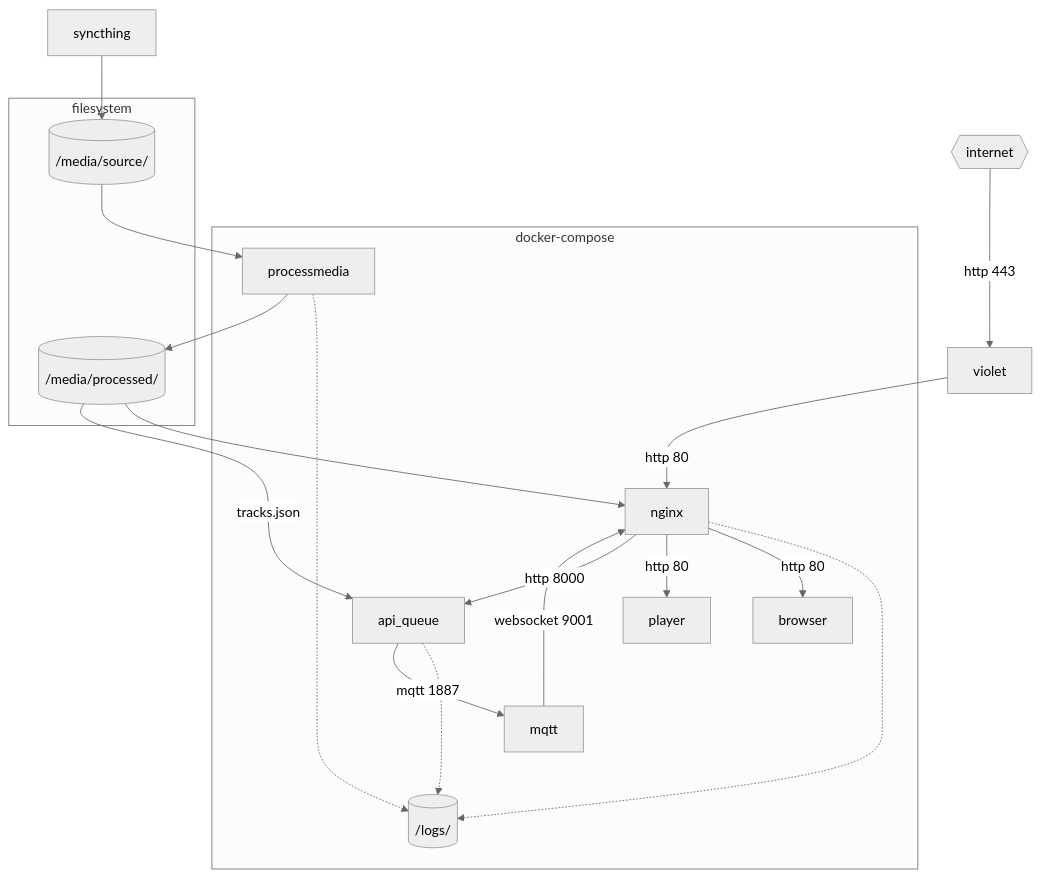
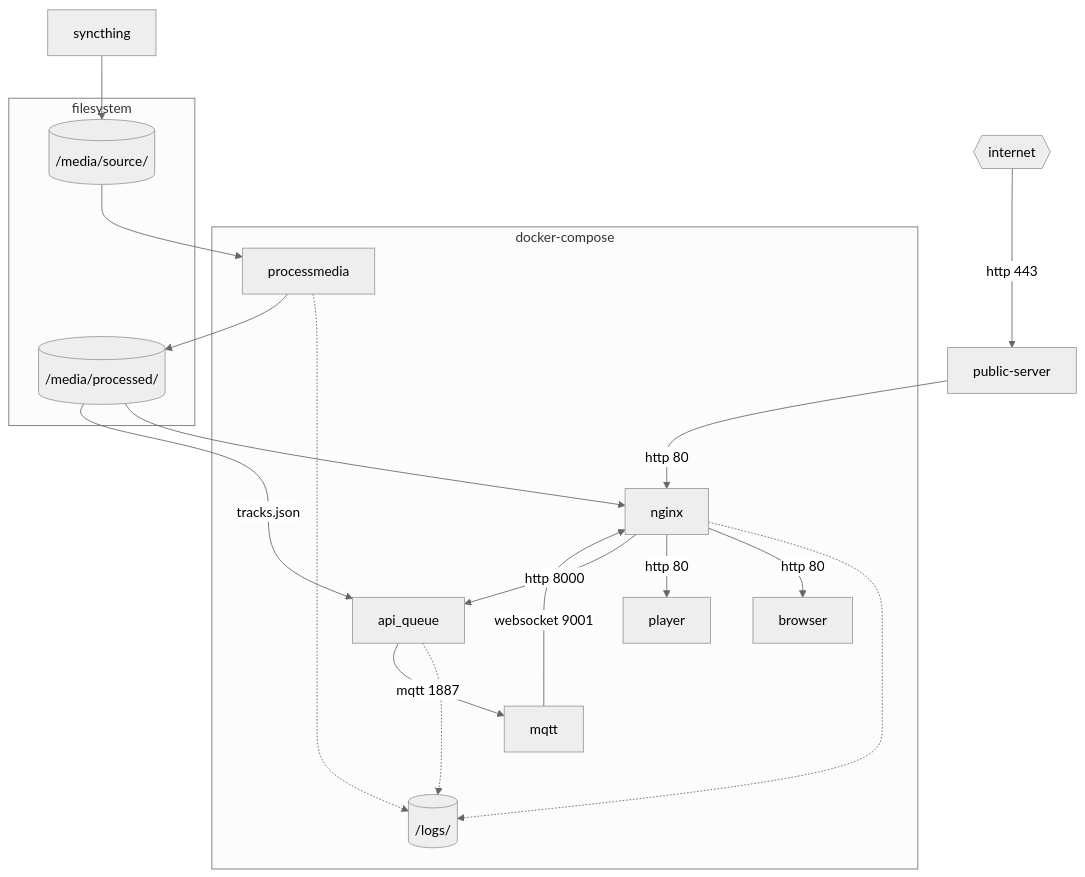
Before and after one commit to calaldees/KaraKara: the diagram in README.md, drawn with Mermaid (neutral theme). The commit also changed other lines of this file, not shown here.

````diff
--- a/README.md
+++ b/README.md
@@ -84,36 +84,36 @@
 ```mermaid
 graph TD
     internet{{internet}}
-    internet -- http 443 ---> violet --http 80--> nginx
+    internet -- http 443 ---> public-server --http 80--> nginx
     
     subgraph docker-compose [docker-compose]
         nginx
         mqtt
         processmedia
         browser
         player
         api_queue
 
         logs[(/logs/)]
         nginx ..-> logs
         processmedia ..-> logs
         api_queue ..-> logs
 
         nginx -- http 80 --> browser
         nginx -- http 80 --> player
         nginx -- http 8000 --> api_queue
         api_queue --mqtt 1887--> mqtt
         mqtt -- websocket 9001 --> nginx
     end
 
     syncthing --> /media/source/
 
     subgraph filesystem
         /media/source/[(/media/source/)]
         /media/processed/[(/media/processed/)]
     end
 
     /media/processed/ --> nginx
     /media/processed/ -- tracks.json --> api_queue
     /media/source/ --> processmedia --> /media/processed/
 ```
````
